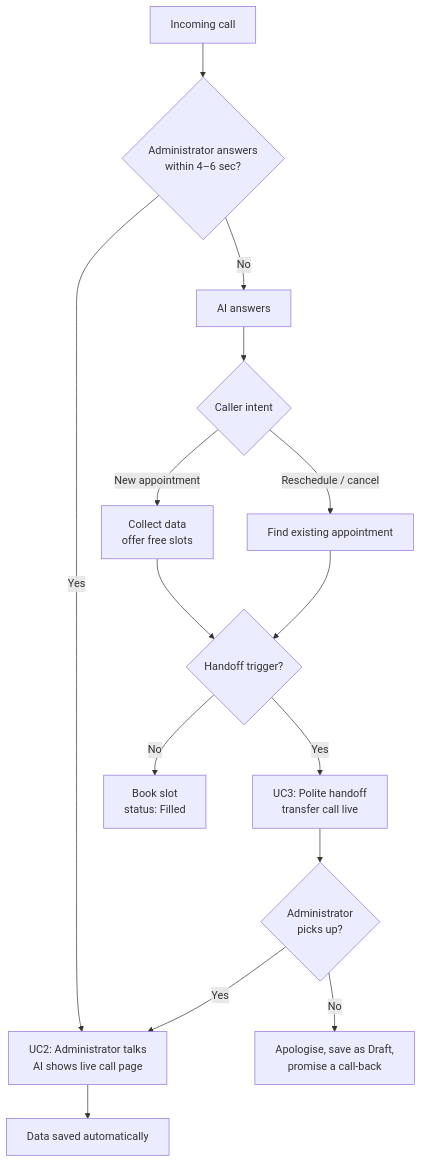
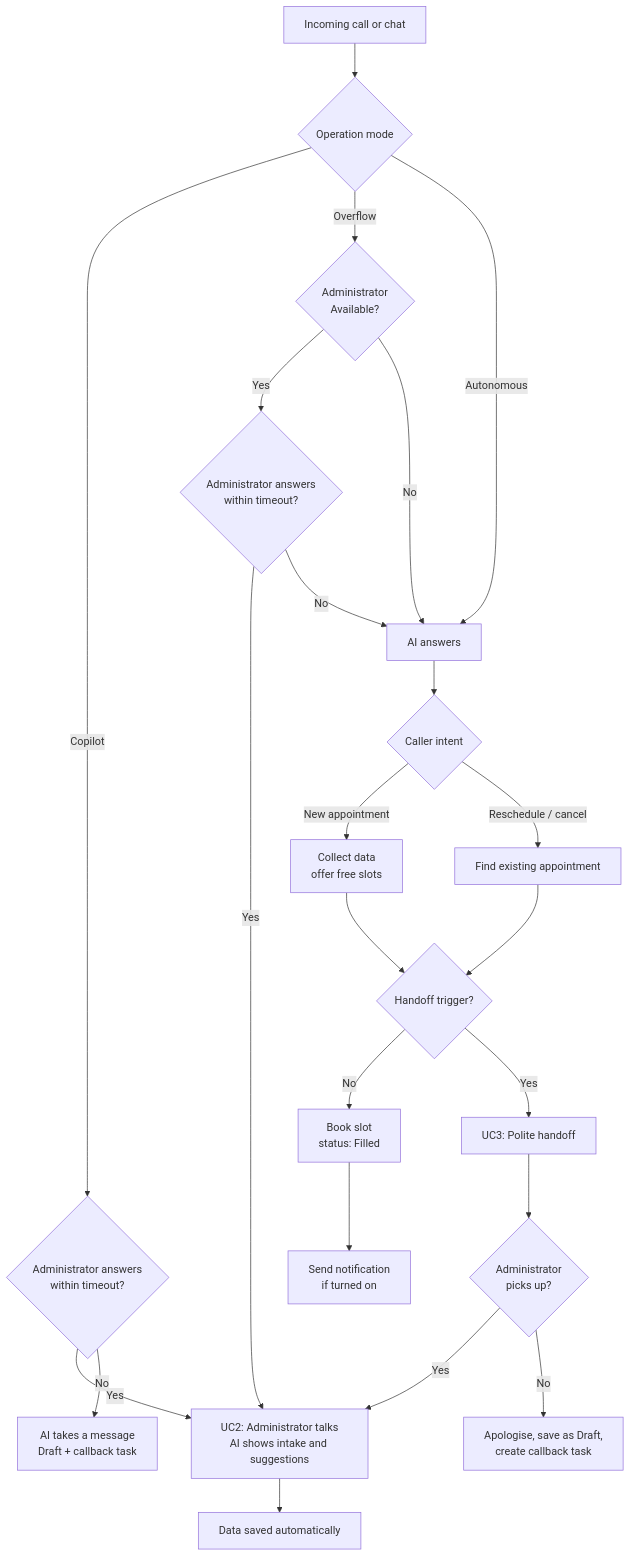
Before and after one commit to ice-propelled-inc/crm-demo: the first of 4 diagrams in docs/demo-process.md, drawn with Mermaid. The commit also changed other lines of this file and 32 other files, not shown here.

````diff
--- a/docs/demo-process.md
+++ b/docs/demo-process.md
@@ -90,17 +176,25 @@
 ```mermaid
 flowchart TD
-    A[Incoming call] --> B{Administrator answers<br/>within 4–6 sec?}
-    B -- Yes --> UC2[UC2: Administrator talks<br/>AI shows live call page]
-    B -- No --> C[AI answers]
+    A[Incoming call or chat] --> M{Operation mode}
+    M -- Copilot --> CP{Administrator answers<br/>within timeout?}
+    CP -- Yes --> UC2[UC2: Administrator talks<br/>AI shows intake and suggestions]
+    CP -- No --> MSG[AI takes a message<br/>Draft + callback task]
+    M -- Overflow --> OV{Administrator<br/>Available?}
+    OV -- Yes --> B{Administrator answers<br/>within timeout?}
+    OV -- No --> C[AI answers]
+    B -- Yes --> UC2
+    B -- No --> C
+    M -- Autonomous --> C
     C --> D{Caller intent}
     D -- New appointment --> E[Collect data<br/>offer free slots]
     D -- Reschedule / cancel --> R[Find existing appointment]
     E --> F{Handoff trigger?}
     R --> F
     F -- No --> G[Book slot<br/>status: Filled]
-    F -- Yes --> H[UC3: Polite handoff<br/>transfer call live]
+    F -- Yes --> H[UC3: Polite handoff]
     H --> I{Administrator<br/>picks up?}
     I -- Yes --> UC2
-    I -- No --> J[Apologise, save as Draft,<br/>promise a call-back]
+    I -- No --> J[Apologise, save as Draft,<br/>create callback task]
+    G --> N[Send notification<br/>if turned on]
     UC2 --> K[Data saved automatically]
 ```
````
